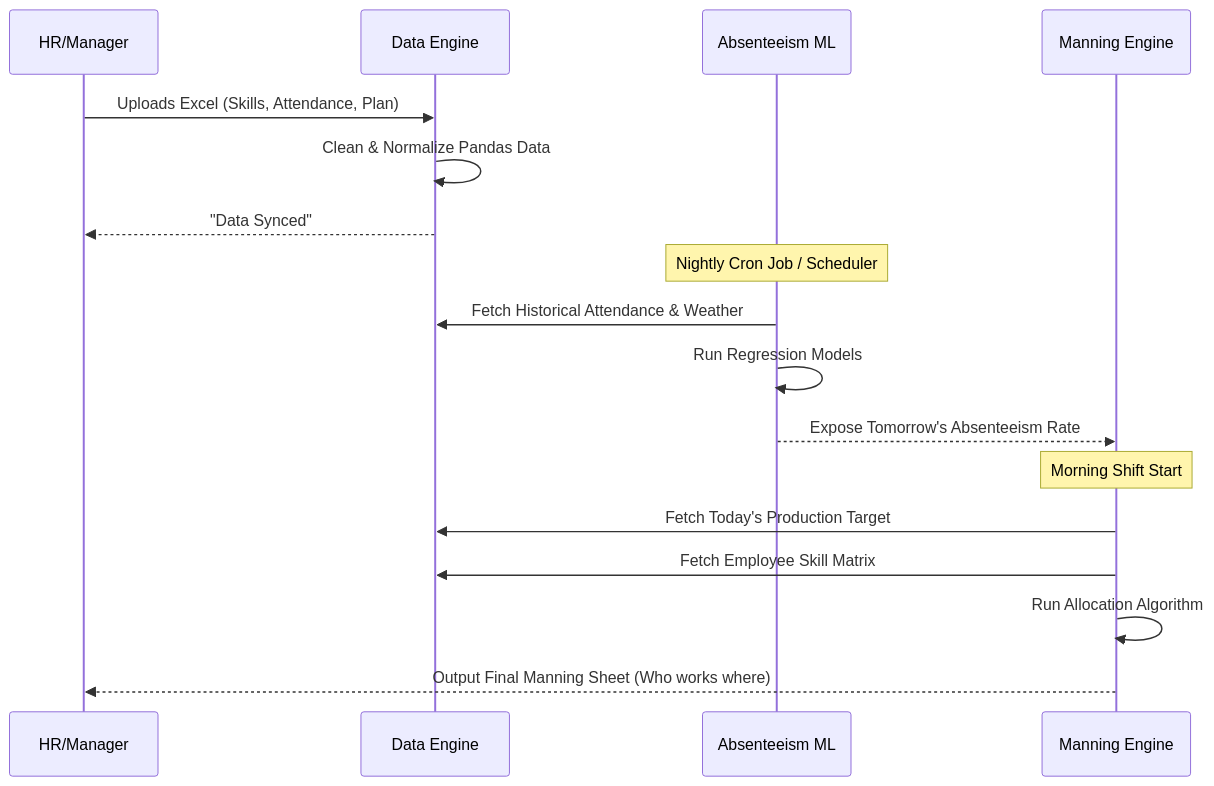
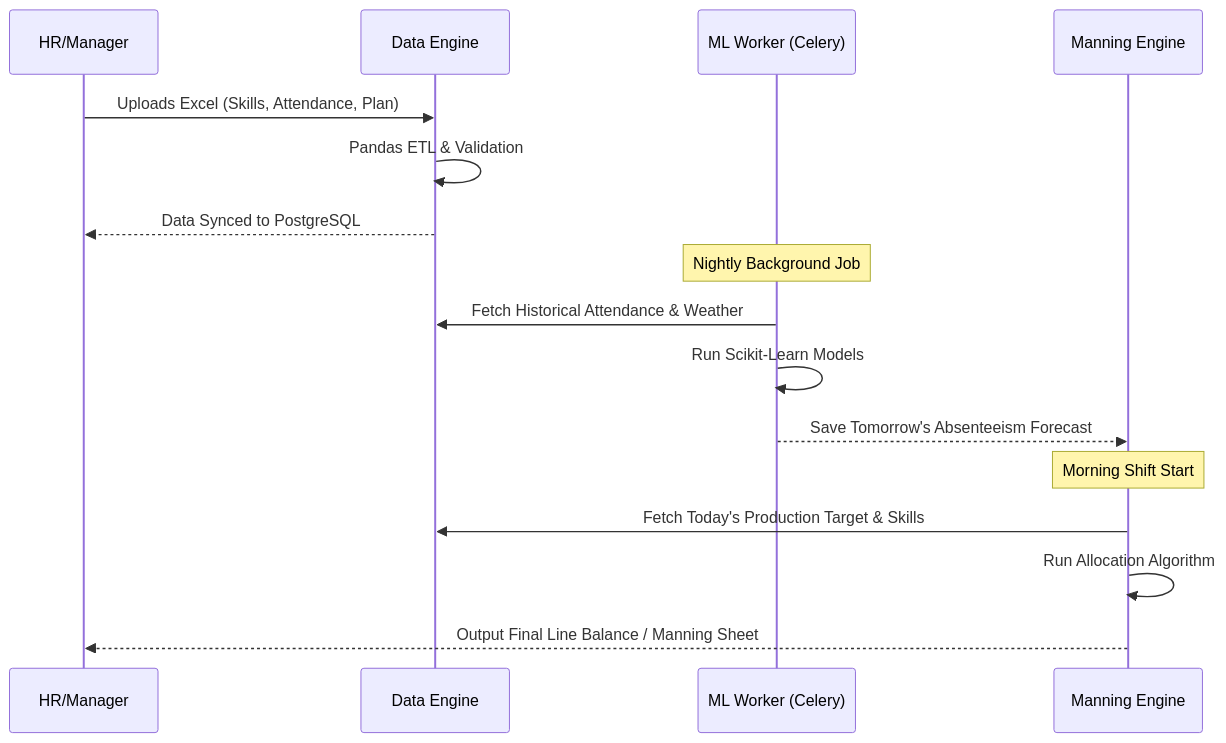
Before and after one commit to Shivam-Narayan/laguna-ai-line-balancing: the second of 2 diagrams in docs/system_architecture.md, drawn with Mermaid. The commit also changed other lines of this file and 2 other files, not shown here.

Commit message:
docs: add comprehensive project documentation for system architecture, API endpoints, and Docker orchestration.

````diff
--- a/docs/system_architecture.md
+++ b/docs/system_architecture.md
@@ -61,22 +105,21 @@
 ```mermaid
 sequenceDiagram
     participant HR as HR/Manager
     participant DE as Data Engine
-    participant AB as Absenteeism ML
+    participant ML as ML Worker (Celery)
     participant MS as Manning Engine
     
     HR->>DE: Uploads Excel (Skills, Attendance, Plan)
-    DE->>DE: Clean & Normalize Pandas Data
-    DE-->>HR: "Data Synced"
+    DE->>DE: Pandas ETL & Validation
+    DE-->>HR: Data Synced to PostgreSQL
     
-    Note over AB: Nightly Cron Job / Scheduler
-    AB->>DE: Fetch Historical Attendance & Weather
-    AB->>AB: Run Regression Models
-    AB-->>MS: Expose Tomorrow's Absenteeism Rate
+    Note over ML: Nightly Background Job
+    ML->>DE: Fetch Historical Attendance & Weather
+    ML->>ML: Run Scikit-Learn Models
+    ML-->>MS: Save Tomorrow's Absenteeism Forecast
     
     Note over MS: Morning Shift Start
-    MS->>DE: Fetch Today's Production Target
-    MS->>DE: Fetch Employee Skill Matrix
+    MS->>DE: Fetch Today's Production Target & Skills
     MS->>MS: Run Allocation Algorithm
-    MS-->>HR: Output Final Manning Sheet (Who works where)
+    MS-->>HR: Output Final Line Balance / Manning Sheet
 ```
````
